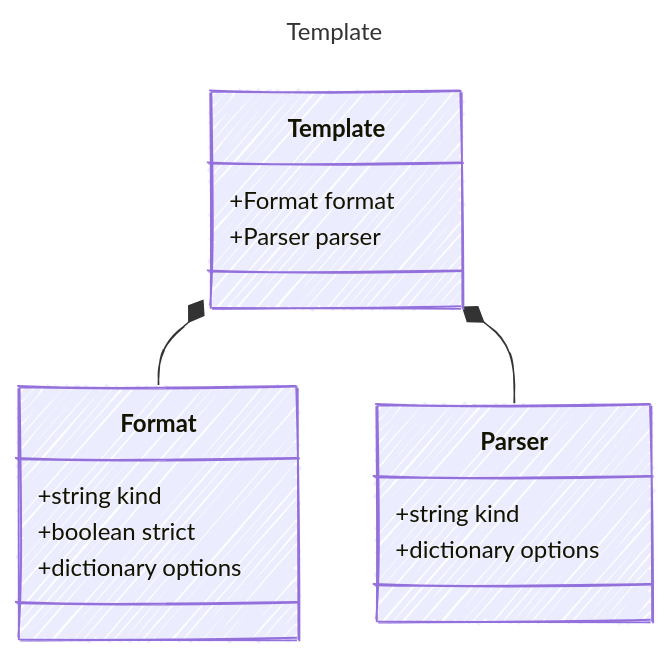
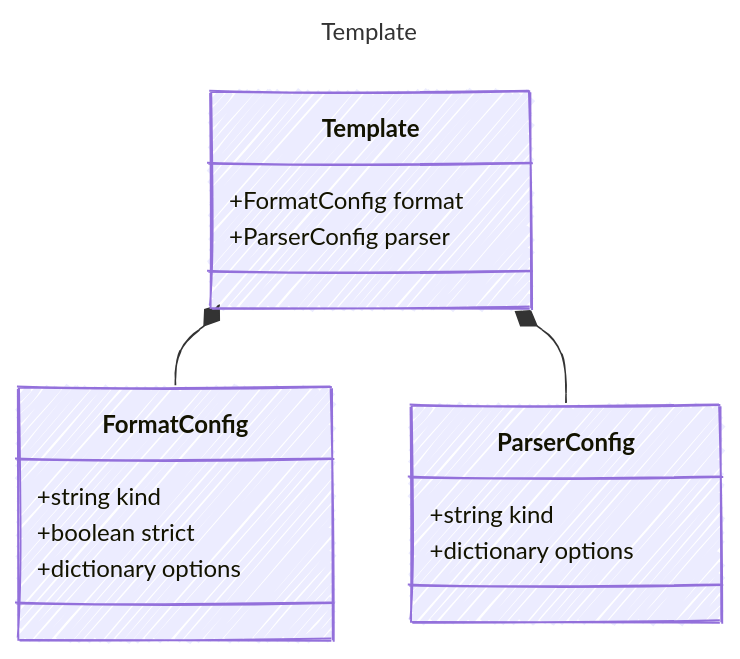
Before and after one commit to microsoft/prompty: the diagram in web/src/content/docs/reference/Template.md, drawn with Mermaid. The commit also changed other lines of this file and 133 other files, not shown here.

````diff
--- a/web/src/content/docs/reference/Template.md
+++ b/web/src/content/docs/reference/Template.md
@@ -18,27 +18,27 @@
 ```mermaid
 ---
 title: Template
 config:
   look: handDrawn
   theme: colorful
   class:
     hideEmptyMembersBox: true
 ---
 classDiagram
     class Template {
       
-        +Format format
-        +Parser parser
+        +FormatConfig format
+        +ParserConfig parser
     }
-    class Format {
+    class FormatConfig {
         +string kind
         +boolean strict
         +dictionary options
     }
-    Template *-- Format
-    class Parser {
+    Template *-- FormatConfig
+    class ParserConfig {
         +string kind
         +dictionary options
     }
-    Template *-- Parser
+    Template *-- ParserConfig
 ```
````
